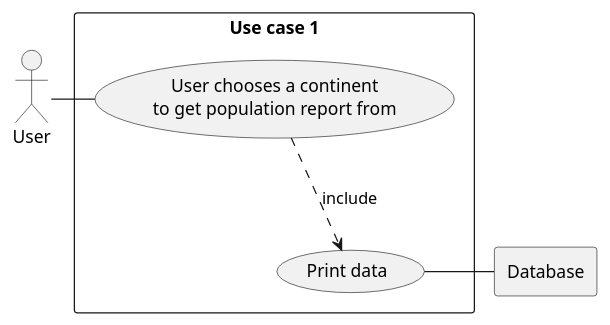
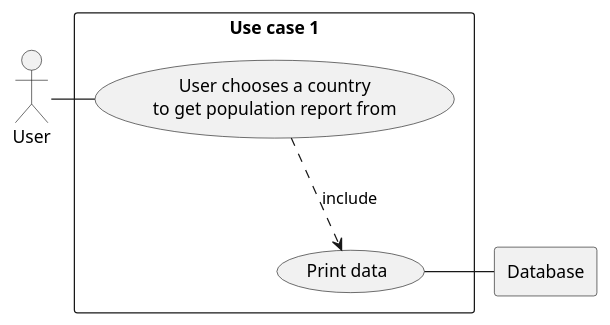
Before and after one commit to ESuth/sem: the fourth of 8 diagrams in use-cases/HR System.puml, drawn with PlantUML. The commit also changed other lines of this file and 13 other files, not shown here.

```diff
--- a/use-cases/HR System.puml
+++ b/use-cases/HR System.puml
@@ -87,22 +87,22 @@
 @startuml
 
 actor Usr as "User"
 
 
 rectangle Database
 
 rectangle "Use case 1" {
-    usecase UC1 as "User chooses a continent
+    usecase UC1 as "User chooses a country
     to get population report from"
 
 
     usecase UCa as "Print data"
 
     Usr - UC1
 
     UC1 ..> UCa : include
 
     UCa - Database
 }
 
 @enduml
```
